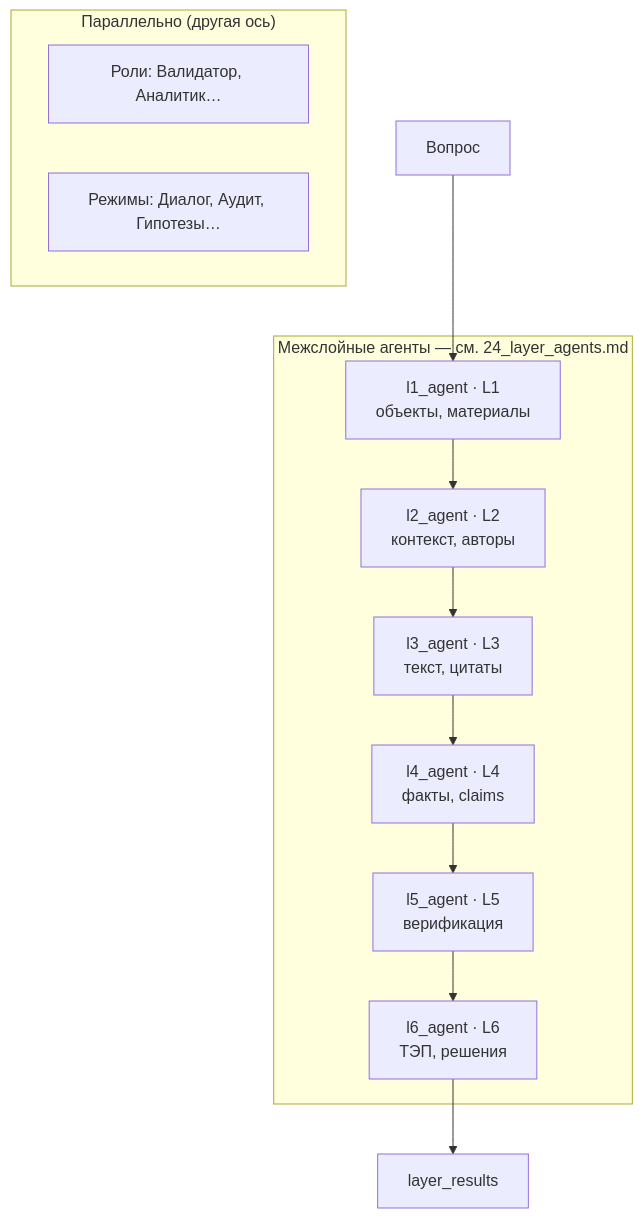
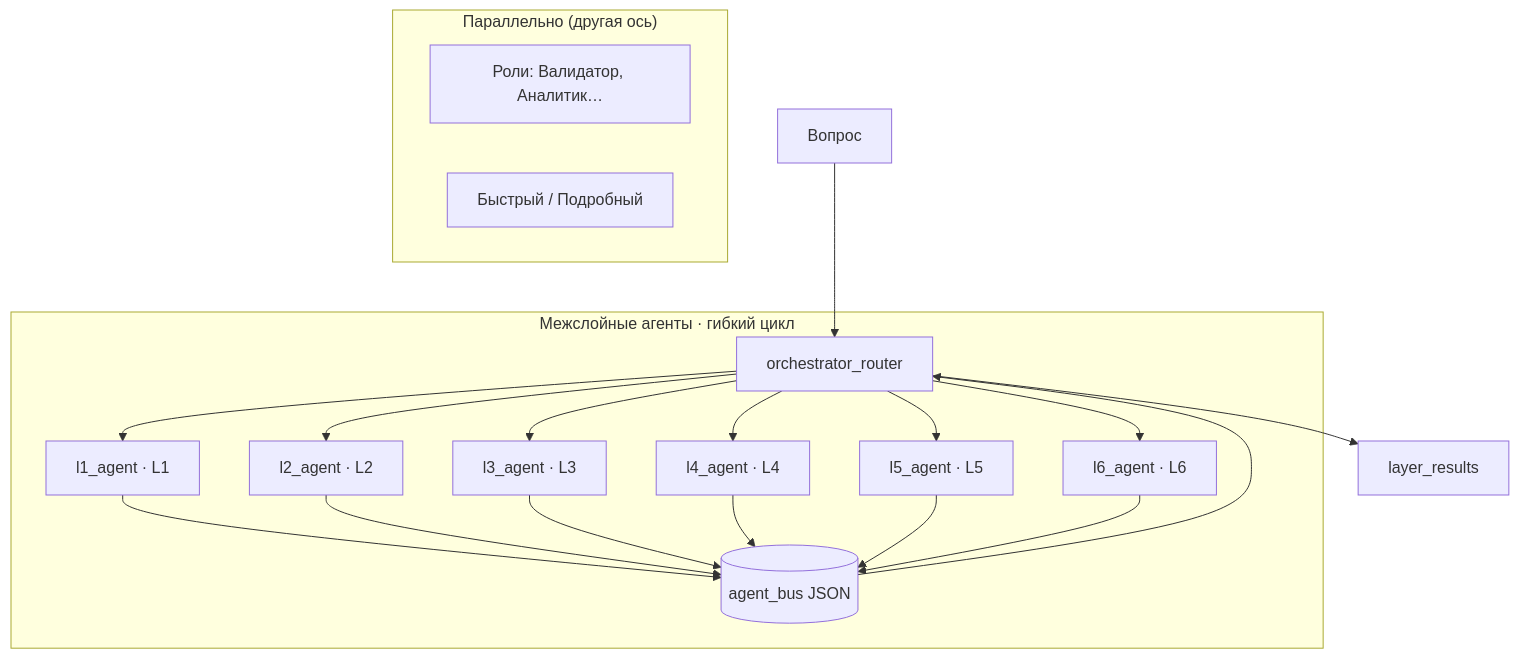
The first of 2 diagrams in Docs/23_agent_hierarchy.md (Pesimistixxx/NrnklKlubok), drawn with Mermaid before and after one commit. The commit also changed other lines of this file and 50 other files, not shown here.

````diff
--- a/Docs/23_agent_hierarchy.md
+++ b/Docs/23_agent_hierarchy.md
@@ -23,22 +24,26 @@
 ```mermaid
 flowchart TB
   Q[Вопрос]
 
-  subgraph LA ["Межслойные агенты — см. 24_layer_agents.md"]
-    L1["l1_agent · L1<br/>объекты, материалы"]
-    L2["l2_agent · L2<br/>контекст, авторы"]
-    L3["l3_agent · L3<br/>текст, цитаты"]
-    L4["l4_agent · L4<br/>факты, claims"]
-    L5["l5_agent · L5<br/>верификация"]
-    L6["l6_agent · L6<br/>ТЭП, решения"]
-    L1 --> L2 --> L3 --> L4 --> L5 --> L6
+  subgraph LA ["Межслойные агенты · гибкий цикл"]
+    ROUTER[orchestrator_router]
+    BUS[(agent_bus JSON)]
+    L1["l1_agent · L1"]
+    L2["l2_agent · L2"]
+    L3["l3_agent · L3"]
+    L4["l4_agent · L4"]
+    L5["l5_agent · L5"]
+    L6["l6_agent · L6"]
+    ROUTER --> L1 & L2 & L3 & L4 & L5 & L6
+    L1 & L2 & L3 & L4 & L5 & L6 --> BUS
+    BUS --> ROUTER
   end
 
-  Q --> L1
-  L6 --> RES[layer_results]
+  Q --> ROUTER
+  ROUTER --> RES[layer_results]
 
   subgraph parallel ["Параллельно (другая ось)"]
     ROLE["Роли: Валидатор, Аналитик…"]
-    MODE["Режимы: Диалог, Аудит, Гипотезы…"]
+    SPEED["Быстрый / Подробный"]
   end
 ```
````
